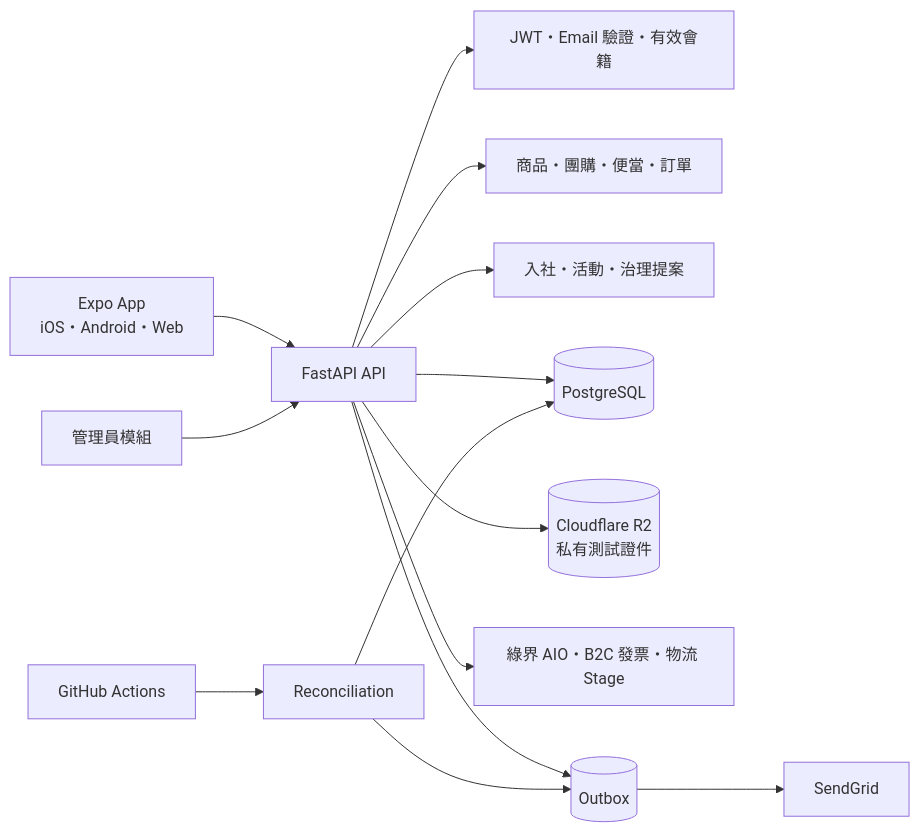
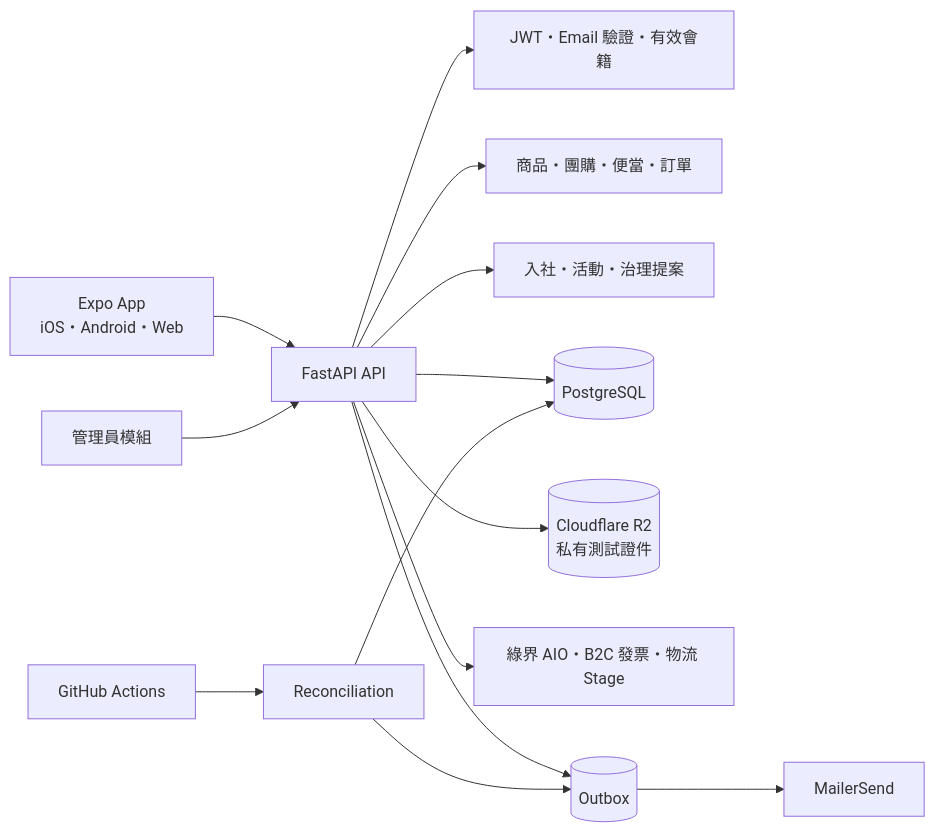
The first of 2 diagrams in docs/ARCHITECTURE.md (Wayne725/shilifangyuan-farm-app), drawn with Mermaid before and after one commit. The commit also changed 13 other files, not shown here.

Commit message:
feat: switch transactional email to MailerSend

````diff
--- a/docs/ARCHITECTURE.md
+++ b/docs/ARCHITECTURE.md
@@ -5,16 +5,16 @@
 ```mermaid
 flowchart LR
     app["Expo App<br/>iOS・Android・Web"] --> api["FastAPI API"]
     admin["管理員模組"] --> api
     api --> auth["JWT・Email 驗證・有效會籍"]
     api --> commerce["商品・團購・便當・訂單"]
     api --> community["入社・活動・治理提案"]
     api --> db[("PostgreSQL")]
     api --> r2[("Cloudflare R2<br/>私有測試證件")]
     api --> ecpay["綠界 AIO・B2C 發票・物流 Stage"]
     api --> outbox[("Outbox")]
-    outbox --> sendgrid["SendGrid"]
+    outbox --> mailersend["MailerSend"]
     cron["GitHub Actions"] --> jobs["Reconciliation"]
     jobs --> db
     jobs --> outbox
 ```
````
